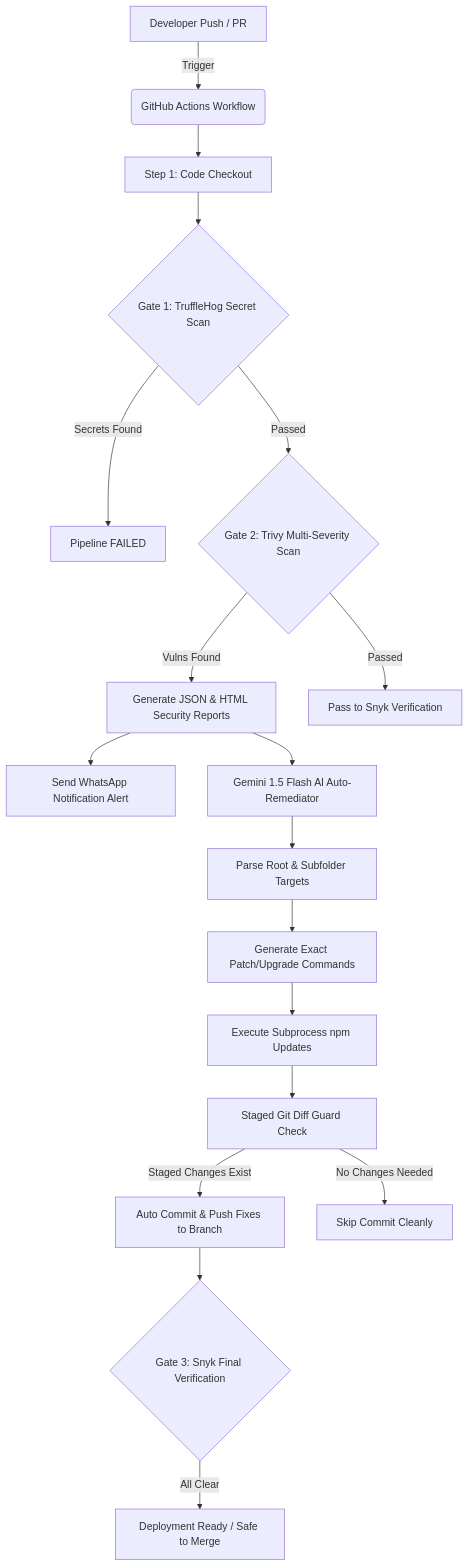
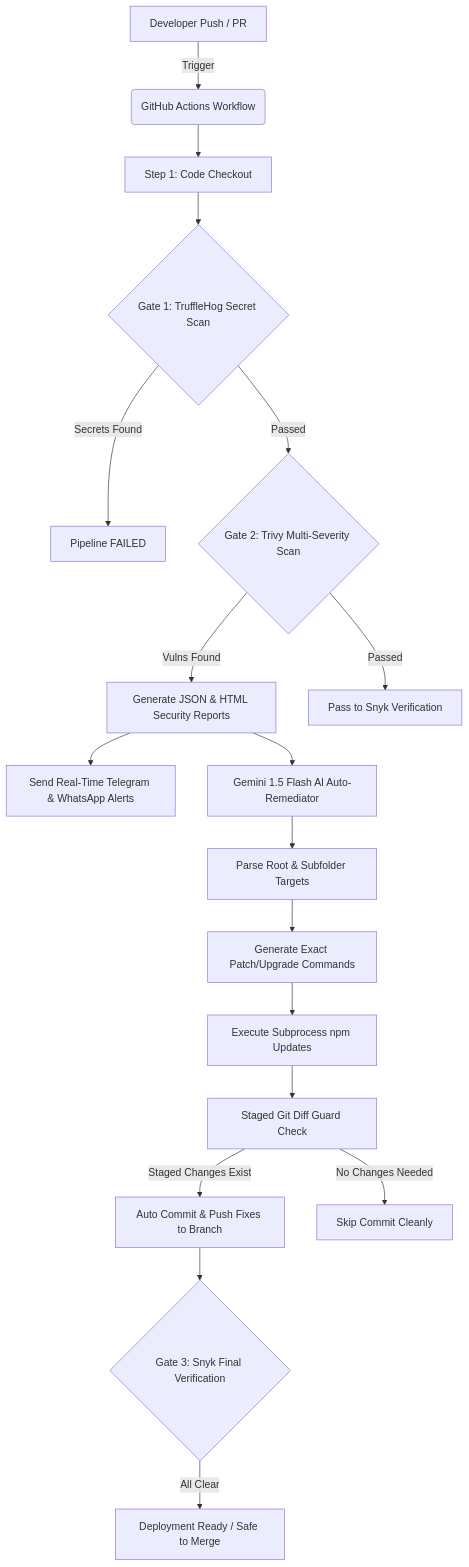
One commit to vaseflamingoseguru205-debug/PixelCraft_AI changed the second of 2 diagrams in README.md. Above: the diagram before and after it, drawn with Mermaid. The commit also changed other lines of this file, not shown here.

````diff
--- a/README.md
+++ b/README.md
@@ -39,21 +49,21 @@
 ```mermaid
 graph TD
     A[Developer Push / PR] -->|Trigger| B(GitHub Actions Workflow)
     B --> C[Step 1: Code Checkout]
     C --> D{Gate 1: TruffleHog Secret Scan}
     D -->|Secrets Found| E[Pipeline FAILED]
     D -->|Passed| F{Gate 2: Trivy Multi-Severity Scan}
     F -->|Vulns Found| G[Generate JSON & HTML Security Reports]
     F -->|Passed| H[Pass to Snyk Verification]
     
-    G --> I[Send WhatsApp Notification Alert]
+    G --> I[Send Real-Time Telegram & WhatsApp Alerts]
     G --> J[Gemini 1.5 Flash AI Auto-Remediator]
     J --> K[Parse Root & Subfolder Targets]
     K --> L[Generate Exact Patch/Upgrade Commands]
     L --> M[Execute Subprocess npm Updates]
     M --> N[Staged Git Diff Guard Check]
     N -->|Staged Changes Exist| O[Auto Commit & Push Fixes to Branch]
     N -->|No Changes Needed| P[Skip Commit Cleanly]
     O --> Q{Gate 3: Snyk Final Verification}
     Q -->|All Clear| R[Deployment Ready / Safe to Merge]
 ```
````
